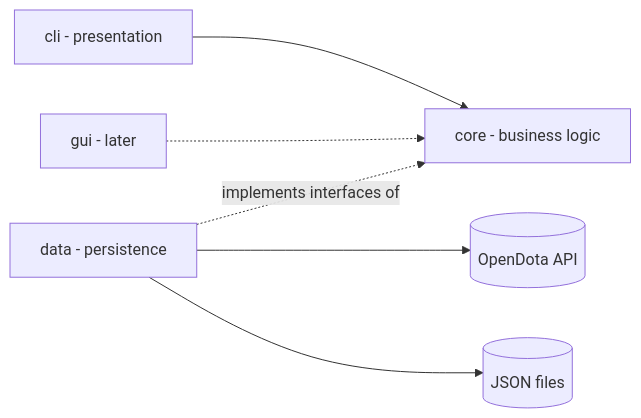
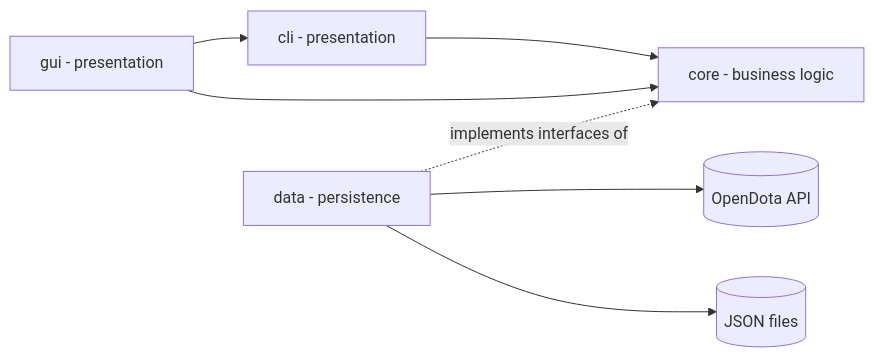
Before and after one commit to pepsisugarfree/DotaDraft: the first of 6 diagrams in DESIGN.md, drawn with Mermaid. The commit also changed other lines of this file and 26 other files, not shown here.

````diff
--- a/DESIGN.md
+++ b/DESIGN.md
@@ -64,8 +64,9 @@
 ```mermaid
 flowchart LR
     CLI[cli - presentation] --> CORE[core - business logic]
-    GUI[gui - later] -.-> CORE
+    GUI[gui - presentation] --> CLI
+    GUI --> CORE
     DATA[data - persistence] -. implements interfaces of .-> CORE
     DATA --> API[(OpenDota API)]
     DATA --> FILES[(JSON files)]
 ```
````
